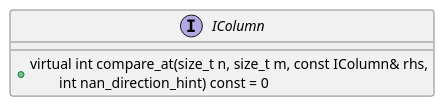
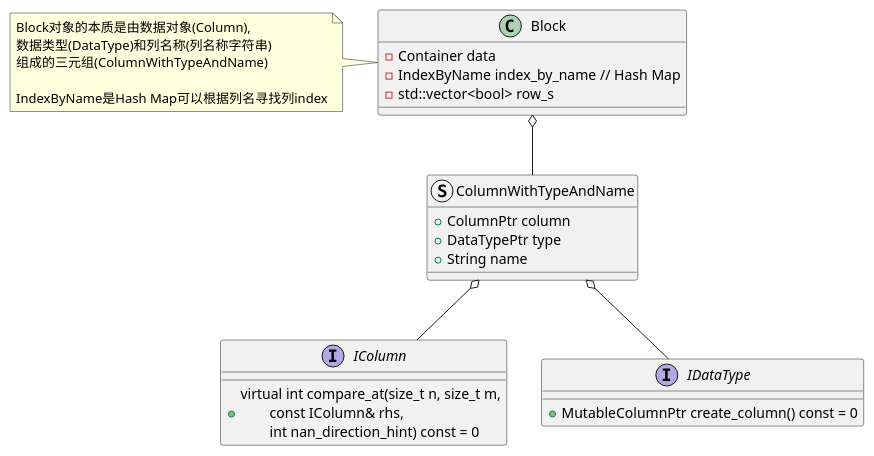
One commit to DepInjoy/geektime changed the first of 2 diagrams in doc/DB/Doris/SourceRead/11_06_Exec_Block.md. Above: the diagram before and after it, drawn with PlantUML. The commit also changed other lines of this file and 1 other file, not shown here.

Commit message:
Doris Block struct

````diff
--- a/doc/DB/Doris/SourceRead/11_06_Exec_Block.md
+++ b/doc/DB/Doris/SourceRead/11_06_Exec_Block.md
@@ -1,7 +8,28 @@
 ```plantuml
 @startuml
+class Block {
+    - Container data
+    - IndexByName index_by_name // Hash Map
+    - std::vector<bool> row_s
+}
+note left : Block对象的本质是由数据对象(Column), \n数据类型(DataType)和列名称(列名称字符串)\n组成的三元组(ColumnWithTypeAndName)\n\nIndexByName是Hash Map可以根据列名寻找列index
+
+struct ColumnWithTypeAndName {
+    + ColumnPtr column
+    + DataTypePtr type
+    + String name
+}
+
 interface IColumn {
-    + virtual int compare_at(size_t n, size_t m, const IColumn& rhs,\n\tint nan_direction_hint) const = 0
+    + virtual int compare_at(size_t n, size_t m,\n\tconst IColumn& rhs,\n\tint nan_direction_hint) const = 0
 }
+
+interface IDataType {
+    + MutableColumnPtr create_column() const = 0
+}
+
+ColumnWithTypeAndName -up-o Block
+IColumn -up-o ColumnWithTypeAndName
+IDataType -up-o ColumnWithTypeAndName
 @enduml
 ```
````
